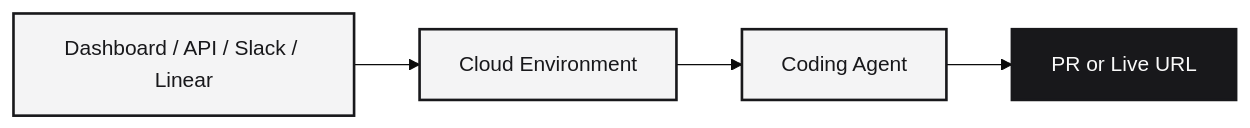
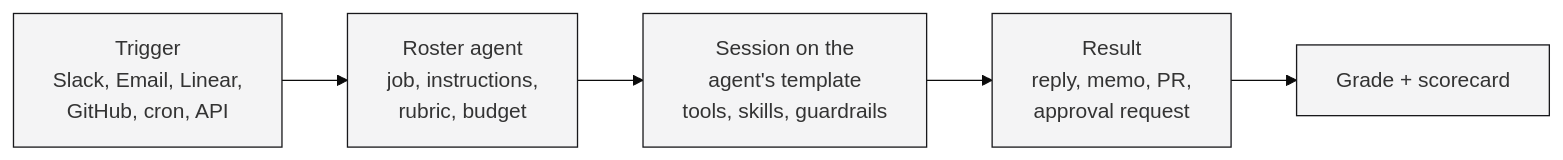
The diagram in docs/introduction.mdx (runtm-ai/runtm), drawn with Mermaid (base theme) before and after one commit. The commit also changed other lines of this file and 154 other files, not shown here.

First line of the commit message:
docs: agent-spec docs, Guides examples, Patterns; skill collapses to one SKILL.md + runtm-api docs (#67)

````diff
--- a/docs/introduction.mdx
+++ b/docs/introduction.mdx
@@ -44,9 +40,12 @@
 ```mermaid
 flowchart LR
-    Trigger[Dashboard / API / Slack / Linear] --> Session[Cloud Environment] --> Agent[Coding Agent] --> Output[PR or Live URL]
-    
-    style Trigger fill:#f4f4f5,stroke:#18181b,stroke-width:2px,color:#18181b
-    style Session fill:#f4f4f5,stroke:#18181b,stroke-width:2px,color:#18181b
-    style Agent fill:#f4f4f5,stroke:#18181b,stroke-width:2px,color:#18181b
-    style Output fill:#18181b,stroke:#18181b,stroke-width:2px,color:#fafafa
+    T[Trigger<br/>Slack, Email, Linear,<br/>GitHub, cron, API] --> A[Roster agent<br/>job, instructions,<br/>rubric, budget]
+    A --> S[Session on the<br/>agent's template<br/>tools, skills, guardrails]
+    S --> R[Result<br/>reply, memo, PR,<br/>approval request]
+    R --> G[Grade + scorecard]
+    style T fill:#f4f4f5,stroke:#18181b
+    style A fill:#f4f4f5,stroke:#18181b
+    style S fill:#f4f4f5,stroke:#18181b
+    style R fill:#f4f4f5,stroke:#18181b
+    style G fill:#f4f4f5,stroke:#18181b
 ```
````
